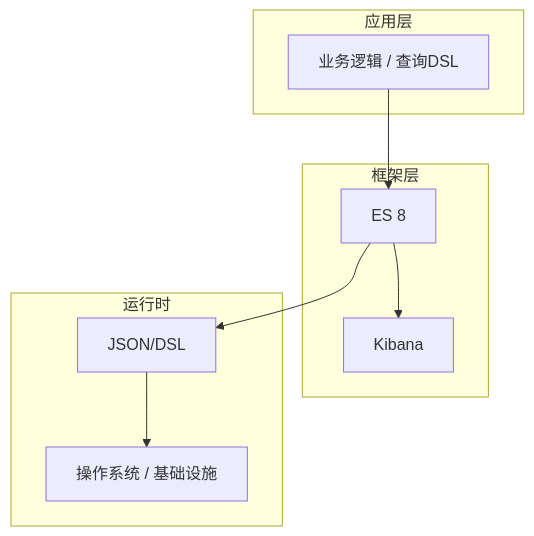
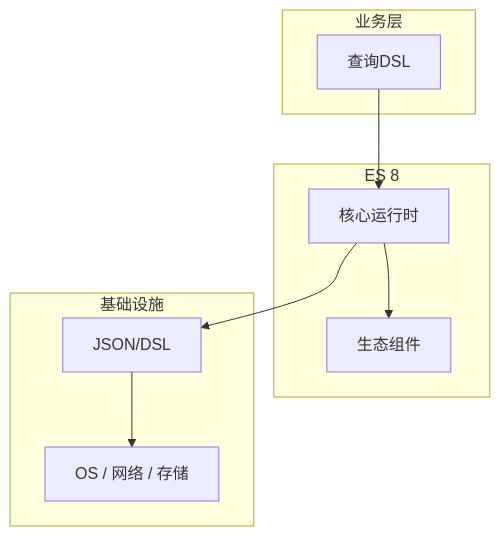
The diagram in articles/Elasticsearch/chapters/036-查询DSL核心概念与原理.md (yanggan2015/knowledge-json-v2), drawn with Mermaid before and after one commit. The commit also changed other lines of this file and 10127 other files, not shown here.

````diff
--- a/articles/Elasticsearch/chapters/036-查询DSL核心概念与原理.md
+++ b/articles/Elasticsearch/chapters/036-查询DSL核心概念与原理.md
@@ -45,18 +34,18 @@
 ```mermaid
 graph TB
-    subgraph 应用层
-        A[业务逻辑 / 查询DSL]
+    subgraph 业务层
+        A[查询DSL]
     end
-    subgraph 框架层
-        B[ES 8]
-        C[Kibana]
+    subgraph ES 8
+        B[核心运行时]
+        C[生态组件]
     end
-    subgraph 运行时
+    subgraph 基础设施
         D[JSON/DSL]
-        E[操作系统 / 基础设施]
+        E[OS / 网络 / 存储]
     end
     A --> B
     B --> C
     B --> D
     D --> E
 ```
````
